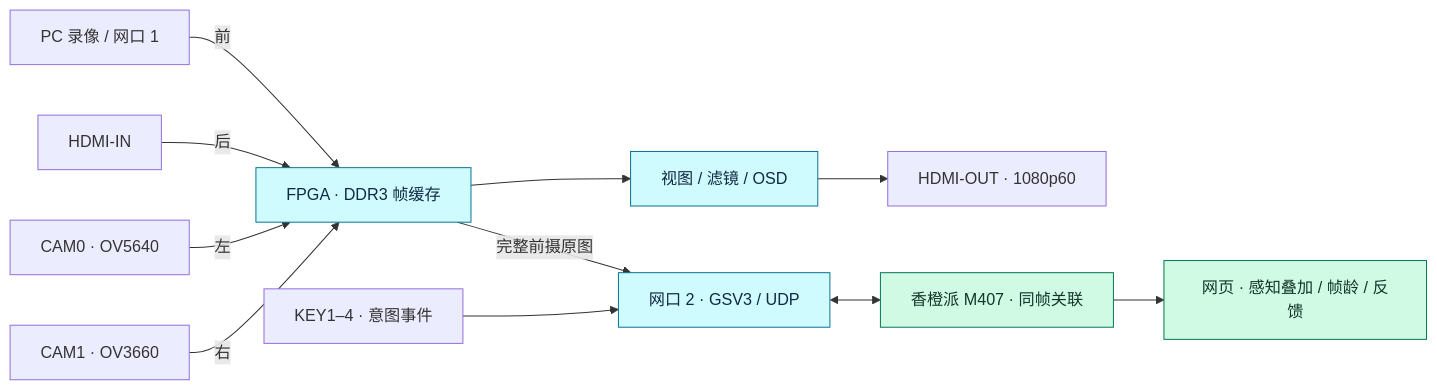
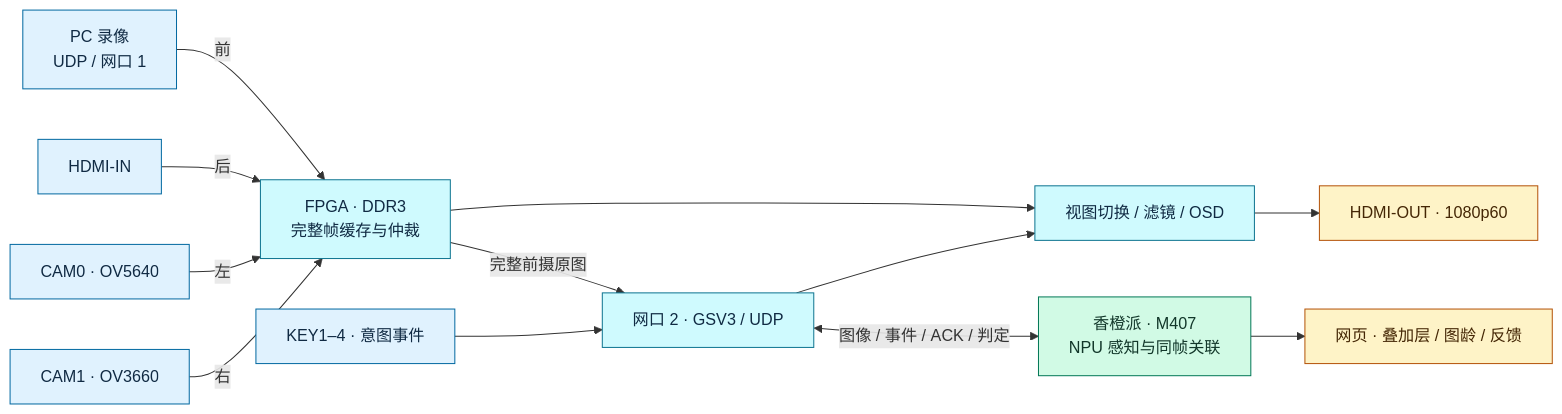
One commit to yuhuang007/FPGA_2026 changed the diagram in README.md. Above: the diagram before and after it, drawn with Mermaid. The commit also changed other lines of this file and 16640 other files, not shown here.

````diff
--- a/README.md
+++ b/README.md
@@ -33,18 +62,23 @@
 ```mermaid
 flowchart LR
-    A["PC 录像 / 网口 1"] -->|前| F["FPGA · DDR3 帧缓存"]
-    B["HDMI-IN"] -->|后| F
-    C["CAM0 · OV5640"] -->|左| F
-    D["CAM1 · OV3660"] -->|右| F
-    F --> G["视图 / 滤镜 / OSD"]
-    G --> H["HDMI-OUT · 1080p60"]
-    F -->|完整前摄原图| N["网口 2 · GSV3 / UDP"]
-    K["KEY1–4 · 意图事件"] --> N
-    N <--> P["香橙派 M407 · 同帧关联"]
-    P --> W["网页 · 感知叠加 / 帧龄 / 反馈"]
+    PC["PC 录像<br/>UDP / 网口 1"] -->|前| DDR["FPGA · DDR3<br/>完整帧缓存与仲裁"]
+    HDMI["HDMI-IN"] -->|后| DDR
+    CAM0["CAM0 · OV5640"] -->|左| DDR
+    CAM1["CAM1 · OV3660"] -->|右| DDR
+    DDR --> DISPLAY["视图切换 / 滤镜 / OSD"]
+    DISPLAY --> MONITOR["HDMI-OUT · 1080p60"]
+    DDR -->|完整前摄原图| NET2["网口 2 · GSV3 / UDP"]
+    KEY["KEY1–4 · 意图事件"] --> NET2
+    NET2 <-->|图像 / 事件 / ACK / 判定| PI["香橙派 · M407<br/>NPU 感知与同帧关联"]
+    PI --> WEB["网页 · 叠加层 / 图龄 / 反馈"]
+    NET2 --> DISPLAY
 
-    classDef video fill:#cffafe,stroke:#0e7490,color:#102a43;
-    classDef compute fill:#d1fae5,stroke:#047857,color:#12372a;
-    class F,G,N video;
-    class P,W compute;
+    classDef input fill:#e0f2fe,stroke:#0369a1,color:#102a43;
+    classDef fpga fill:#cffafe,stroke:#0e7490,color:#102a43;
+    classDef edgeNode fill:#d1fae5,stroke:#047857,color:#12372a;
+    classDef output fill:#fef3c7,stroke:#b45309,color:#442605;
+    class PC,HDMI,CAM0,CAM1,KEY input;
+    class DDR,DISPLAY,NET2 fpga;
+    class PI edgeNode;
+    class MONITOR,WEB output;
 ```
````
